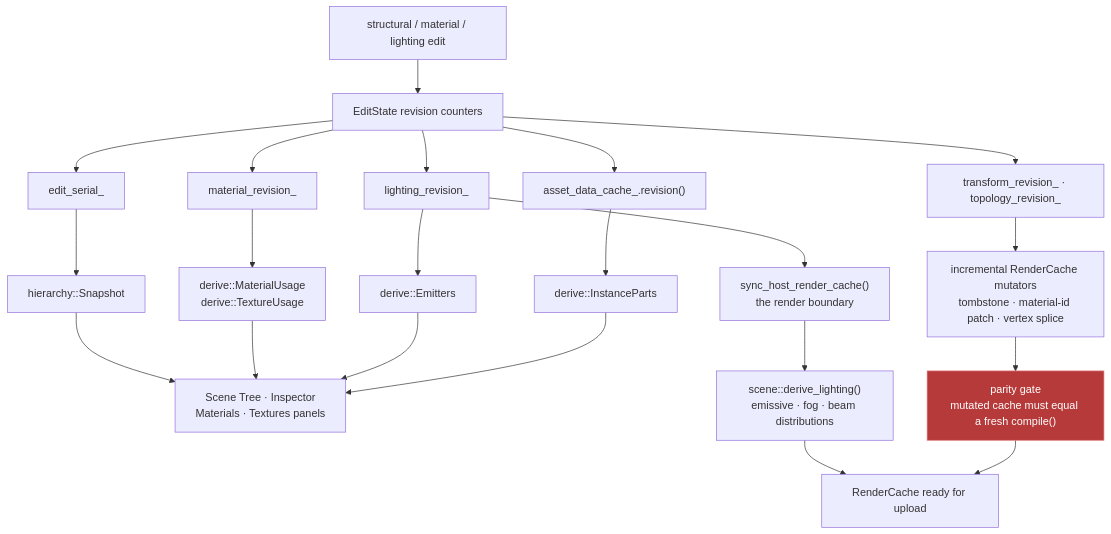
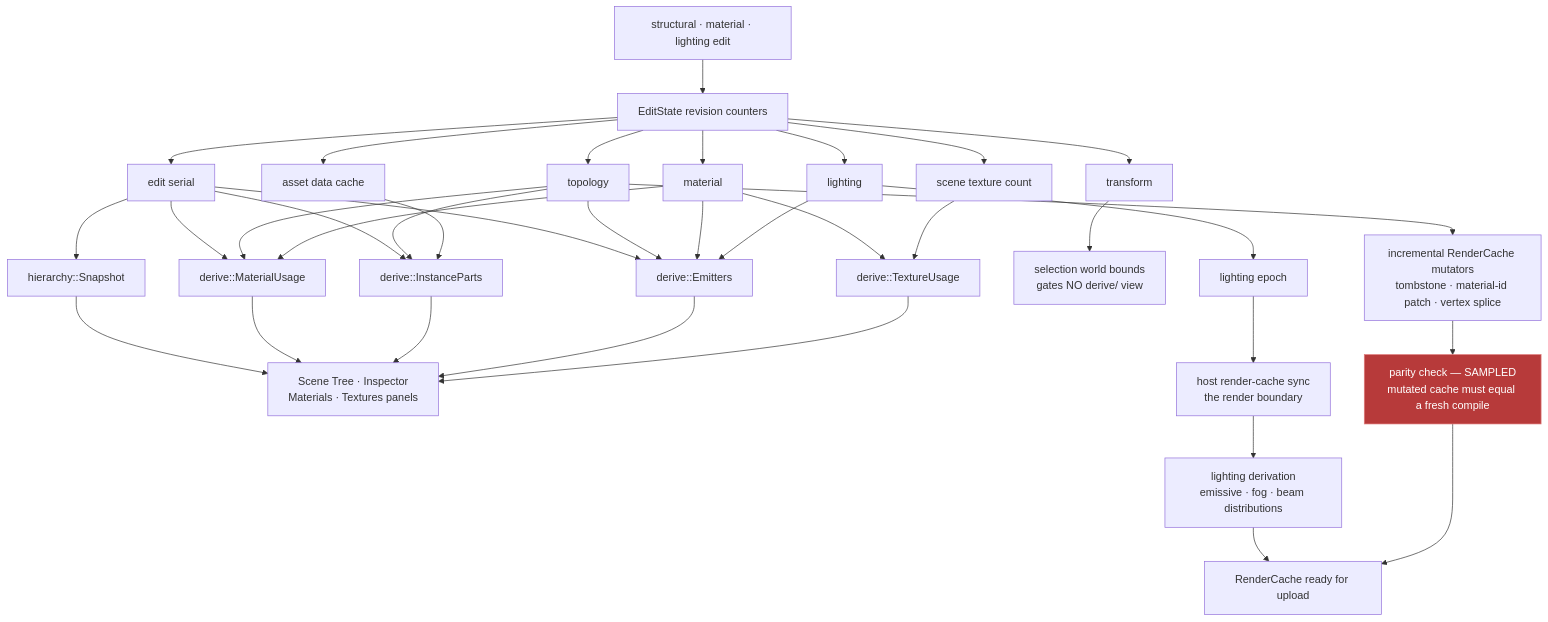
The third of 5 diagrams in README.md (nicolasgfx/Portfolio), drawn with Mermaid before and after one commit. The commit also changed other lines of this file, not shown here.

````diff
--- a/README.md
+++ b/README.md
@@ -284,30 +291,51 @@
 ```mermaid
 flowchart TD
-  EDIT["structural / material / lighting edit"] --> RV["EditState revision counters"]
+  EDIT["structural · material · lighting edit"] --> RV["EditState revision counters"]
 
-  RV --> R1["edit_serial_"]
-  RV --> R2["material_revision_"]
-  RV --> R3["lighting_revision_"]
-  RV --> R4["asset_data_cache_.revision()"]
-  RV --> R5["transform_revision_ · topology_revision_"]
+  RV --> C1["edit serial"]
+  RV --> C2["topology"]
+  RV --> C3["material"]
+  RV --> C4["lighting"]
+  RV --> C5["asset data cache"]
+  RV --> C6["transform"]
+  RV --> C7["scene texture count"]
 
-  R1 --> V1["hierarchy::Snapshot"]
-  R2 --> V2["derive::MaterialUsage<br/>derive::TextureUsage"]
-  R3 --> V3["derive::Emitters"]
-  R4 --> V4["derive::InstanceParts"]
+  V0["hierarchy::Snapshot"]
+  V1["derive::MaterialUsage"]
+  V2["derive::InstanceParts"]
+  V3["derive::Emitters"]
+  V4["derive::TextureUsage"]
 
-  V1 --> PANEL["Scene Tree · Inspector<br/>Materials · Textures panels"]
+  C1 --> V0
+  C1 --> V1
+  C2 --> V1
+  C3 --> V1
+  C1 --> V2
+  C2 --> V2
+  C5 --> V2
+  C1 --> V3
+  C2 --> V3
+  C3 --> V3
+  C4 --> V3
+  C3 --> V4
+  C7 --> V4
+
+  V0 --> PANEL["Scene Tree · Inspector<br/>Materials · Textures panels"]
+  V1 --> PANEL
   V2 --> PANEL
   V3 --> PANEL
   V4 --> PANEL
 
-  R3 --> HOST["sync_host_render_cache()<br/>the render boundary"]
-  HOST --> DL["scene::derive_lighting()<br/>emissive · fog · beam distributions"]
-  R5 --> STRUCT["incremental RenderCache mutators<br/>tombstone · material-id patch · vertex splice"]
-  STRUCT --> PARITY["parity gate<br/>mutated cache must equal a fresh compile()"]
+  C6 --> SEL["selection world bounds<br/>gates NO derive/ view"]
+
+  C4 --> EP["lighting epoch"]
+  EP --> HOST["host render-cache sync<br/>the render boundary"]
+  HOST --> DL["lighting derivation<br/>emissive · fog · beam distributions"]
+  C2 --> STRUCT["incremental RenderCache mutators<br/>tombstone · material-id patch · vertex splice"]
+  STRUCT --> PARITY["parity check — SAMPLED<br/>mutated cache must equal a fresh compile"]
   DL --> RCOUT["RenderCache ready for upload"]
   PARITY --> RCOUT
 
   classDef truth fill:#b73a3a,stroke:#e07a7a,color:#fff
   class PARITY truth
 ```
````
